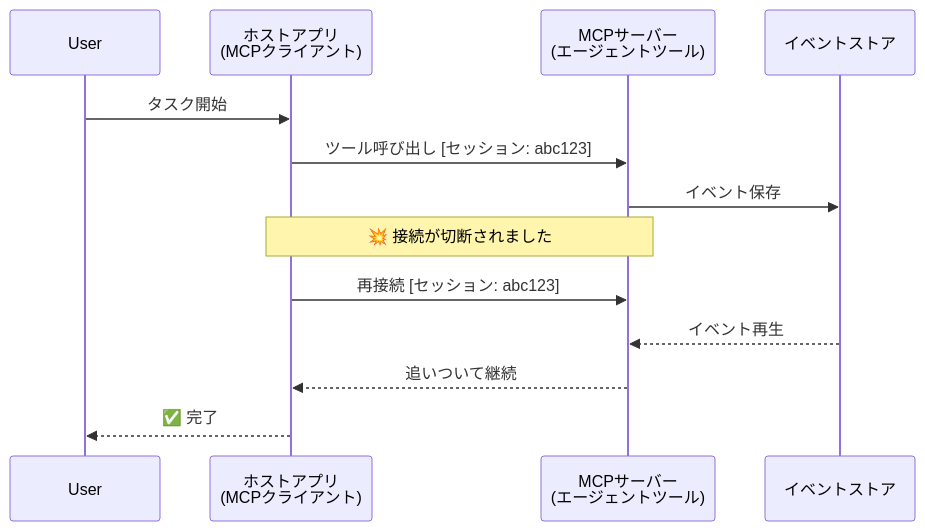
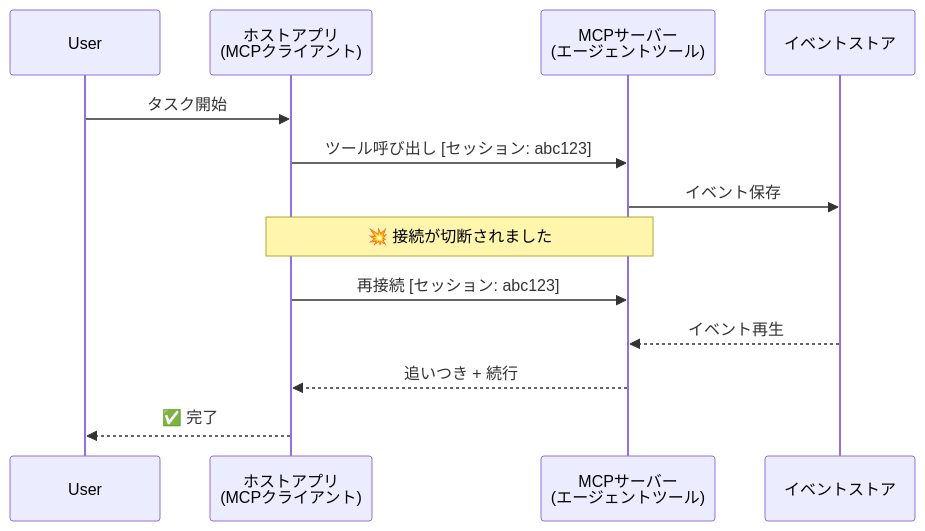
One commit to gabrielmoreira/agent-skills-mirror changed the second of 5 diagrams in mirrors/repos/microsoft@ai-agents-for-beginners/translations/ja/11-agentic-protocols/code_samples/mcp-agents/README.md. Above: the diagram before and after it, drawn with Mermaid. The commit also changed other lines of this file and 4262 other files, not shown here.

````diff
--- a/mirrors/repos/microsoft@ai-agents-for-beginners/translations/ja/11-agentic-protocols/code_samples/mcp-agents/README.md
+++ b/mirrors/repos/microsoft@ai-agents-for-beginners/translations/ja/11-agentic-protocols/code_samples/mcp-agents/README.md
@@ -82,18 +82,18 @@
 ```mermaid
 sequenceDiagram
     participant User
     participant Host as ホストアプリ<br/>(MCPクライアント)
     participant Server as MCPサーバー<br/>(エージェントツール)
     participant Store as イベントストア
 
     User->>Host: タスク開始
     Host->>Server: ツール呼び出し [セッション: abc123]
     Server->>Store: イベント保存
 
     Note over Host,Server: 💥 接続が切断されました
 
     Host->>Server: 再接続 [セッション: abc123]
     Store-->>Server: イベント再生
-    Server-->>Host: 追いついて継続
+    Server-->>Host: 追いつき + 続行
     Host-->>User: ✅ 完了
 ```
````
